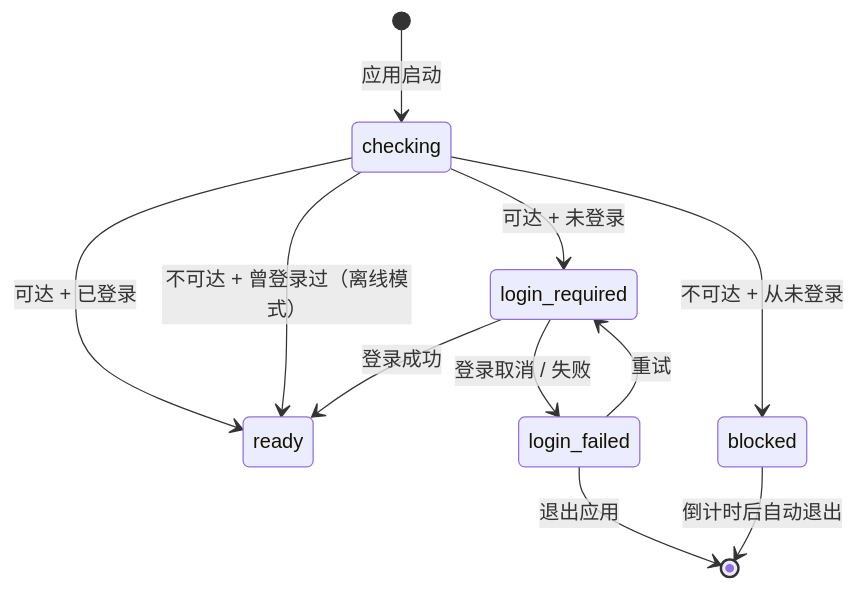
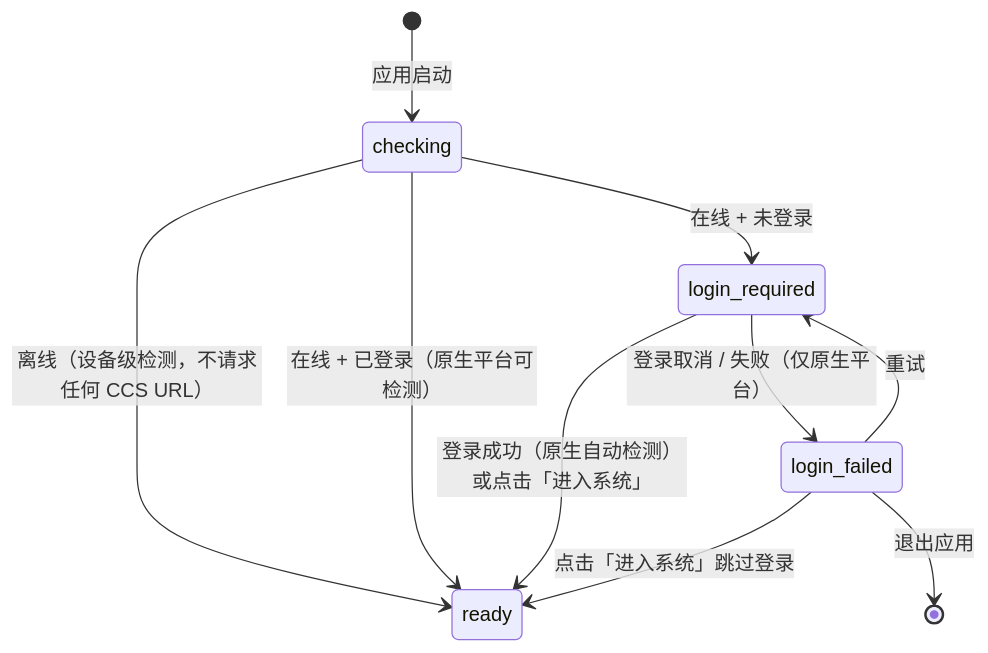
Before and after one commit to kevinmoch/ccs-monorepo: the sixth of 8 diagrams in README.md, drawn with Mermaid. The commit also changed other lines of this file, not shown here.

````diff
--- a/README.md
+++ b/README.md
@@ -2108,14 +2114,13 @@
 ```mermaid
 stateDiagram-v2
     [*] --> checking : 应用启动
-    checking --> ready : 可达 + 已登录
-    checking --> ready : 不可达 + 曾登录过（离线模式）
-    checking --> blocked : 不可达 + 从未登录
-    checking --> login_required : 可达 + 未登录
+    checking --> ready : 离线（设备级检测，不请求任何 CCS URL）
+    checking --> ready : 在线 + 已登录（原生平台可检测）
+    checking --> login_required : 在线 + 未登录
 
-    login_required --> ready : 登录成功
-    login_required --> login_failed : 登录取消 / 失败
+    login_required --> ready : 登录成功（原生自动检测）或点击「进入系统」
+    login_required --> login_failed : 登录取消 / 失败（仅原生平台）
     login_failed --> login_required : 重试
+    login_failed --> ready : 点击「进入系统」跳过登录
     login_failed --> [*] : 退出应用
-    blocked --> [*] : 倒计时后自动退出
 ```
````
